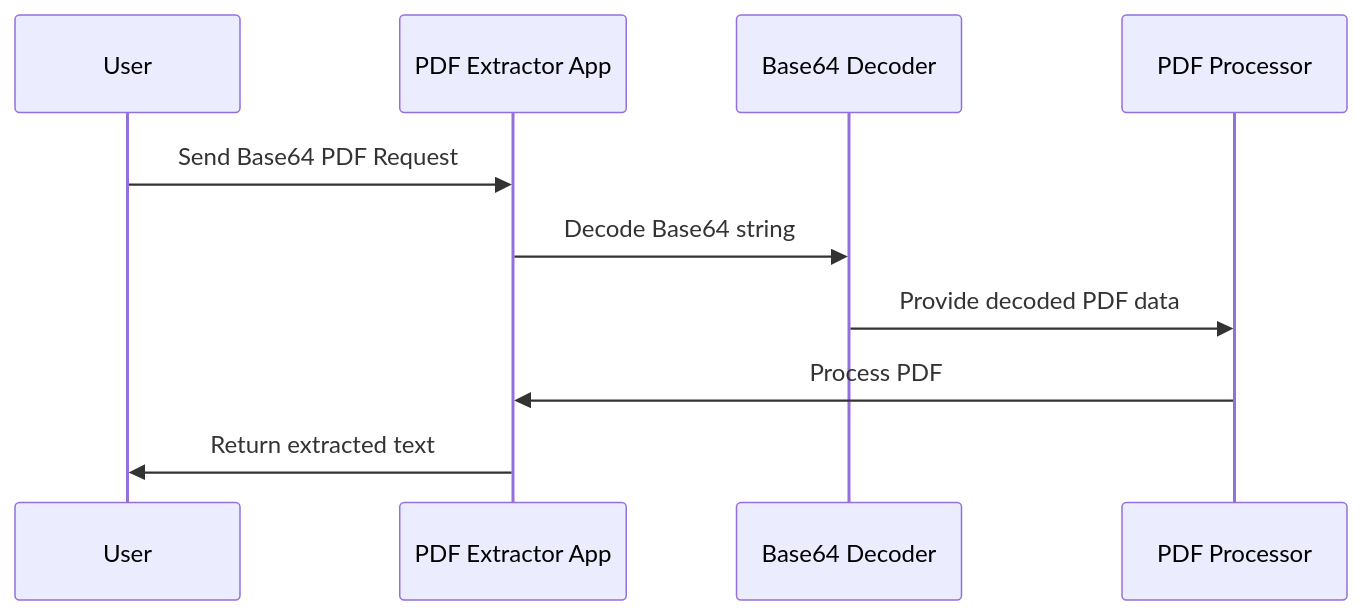
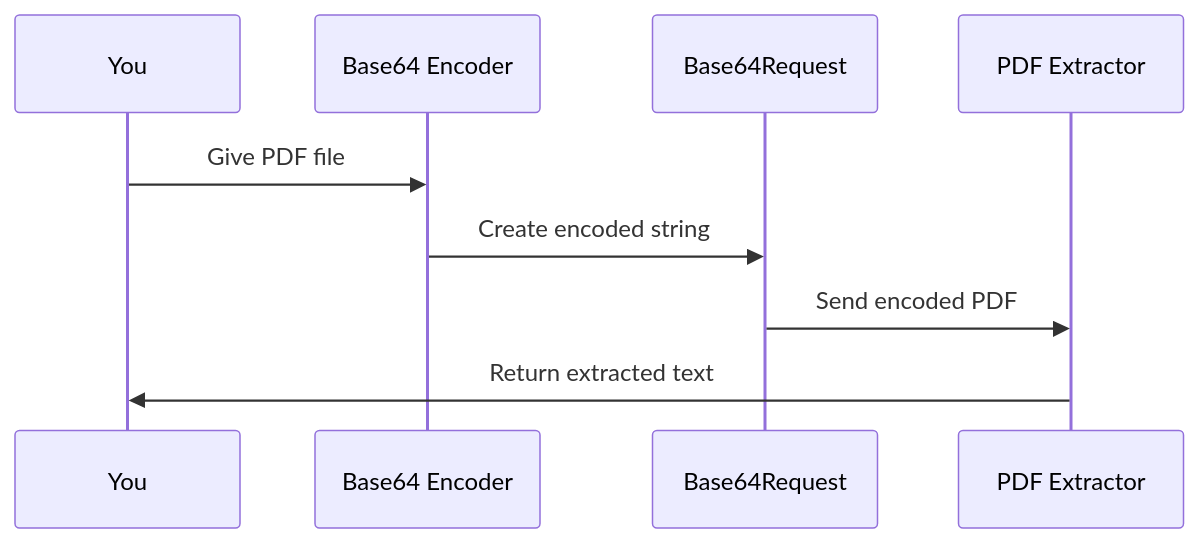
One commit to dygavieta/NewRepo changed the fourth of 6 diagrams in README.md. Above: the diagram before and after it, drawn with Mermaid. The commit also changed other lines of this file, not shown here.

````diff
--- a/README.md
+++ b/README.md
@@ -788,13 +270,11 @@
 ```mermaid
 sequenceDiagram
-    participant User
-    participant App as PDF Extractor App
-    participant Decoder as Base64 Decoder
-    participant PDF as PDF Processor
-
-    User->>App: Send Base64 PDF Request
-    App->>Decoder: Decode Base64 string
-    Decoder->>PDF: Provide decoded PDF data
-    PDF->>App: Process PDF
-    App->>User: Return extracted text
+    participant User as You
+    participant Encoder as Base64 Encoder
+    participant Request as Base64Request
+    participant Extractor as PDF Extractor
+    User->>Encoder: Give PDF file
+    Encoder->>Request: Create encoded string
+    Request->>Extractor: Send encoded PDF
+    Extractor->>User: Return extracted text
 ```
````
